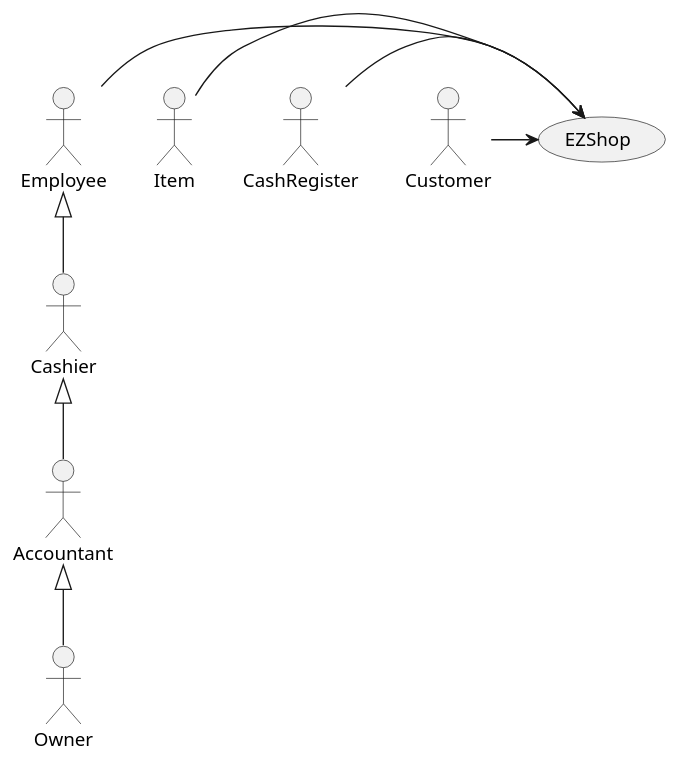
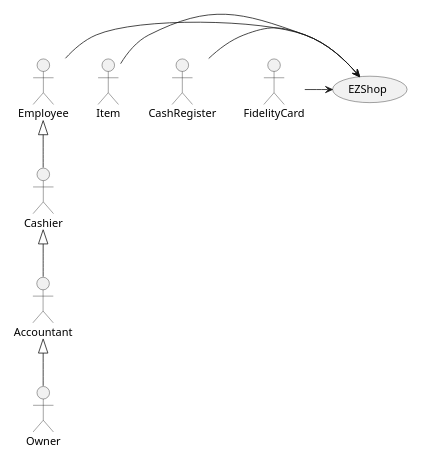
One commit to djemar/softeng_ezshop changed the first of 4 diagrams in Deliverables/RequirementsDocument.md. Above: the diagram before and after it, drawn with PlantUML. The commit also changed other lines of this file, not shown here.

````diff
--- a/Deliverables/RequirementsDocument.md
+++ b/Deliverables/RequirementsDocument.md
@@ -72,18 +72,20 @@
 ```plantuml
+scale 300 width
 top to bottom direction
 actor Owner as o
 actor Employee as e
 actor CashRegister as ca
 actor Item as i
 actor Accountant as acc
 actor Cashier as cas
-actor Customer as cu
+actor FidelityCard as cu
 
 o -up-|> acc
 cas -up-|> e
 acc -up-|> cas
 i -> (EZShop)
 e -> (EZShop)
 ca -> (EZShop)
 cu -> (EZShop)
+
 ```
````
